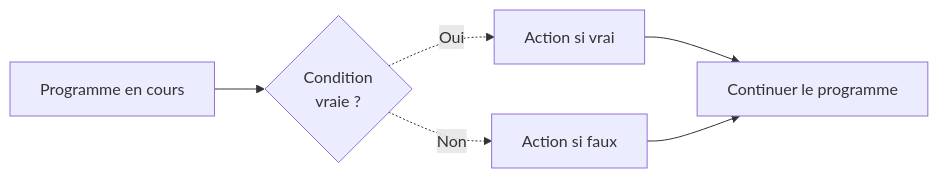
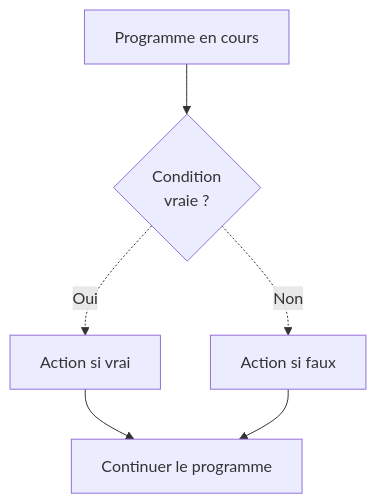
The second of 3 diagrams in docs/bases/fondamentaux/logique-conditionnelle.md (zyrass/omnydocs), drawn with Mermaid before and after one commit. The commit also changed other lines of this file and 36 other files, not shown here.

````diff
--- a/docs/bases/fondamentaux/logique-conditionnelle.md
+++ b/docs/bases/fondamentaux/logique-conditionnelle.md
@@ -152,8 +195,8 @@
 ```mermaid
-graph LR
-    A[Programme en cours] --> B{Condition<br/>vraie ?}
-    B -.->|Oui| C[Action si vrai]
-    B -.->|Non| D[Action si faux]
-    C --> E[Continuer le programme]
-    D --> E
+flowchart TB
+  A["Programme en cours"] --> B{"Condition<br />vraie ?"}
+  B -.->|"Oui"| C["Action si vrai"]
+  B -.->|"Non"| D["Action si faux"]
+  C --> E["Continuer le programme"]
+  D --> E
 ```
````
